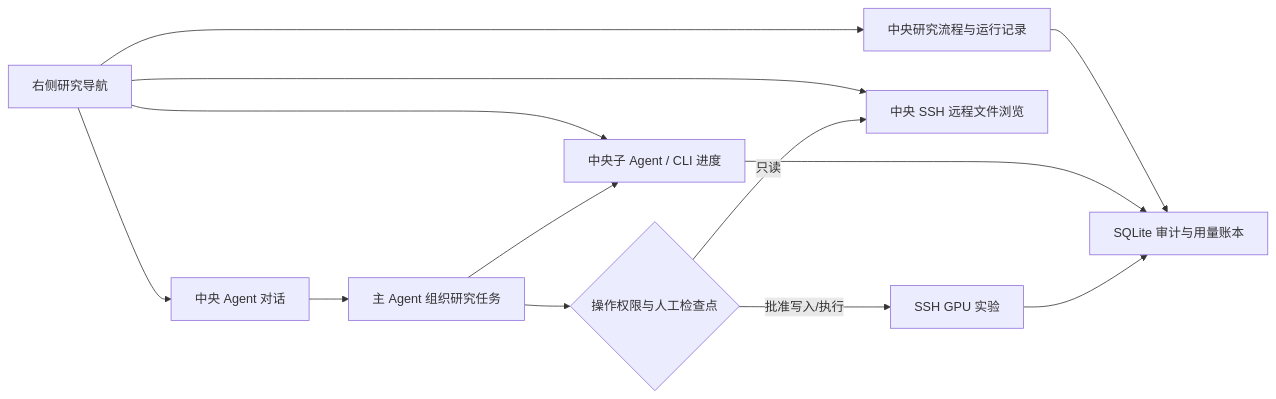
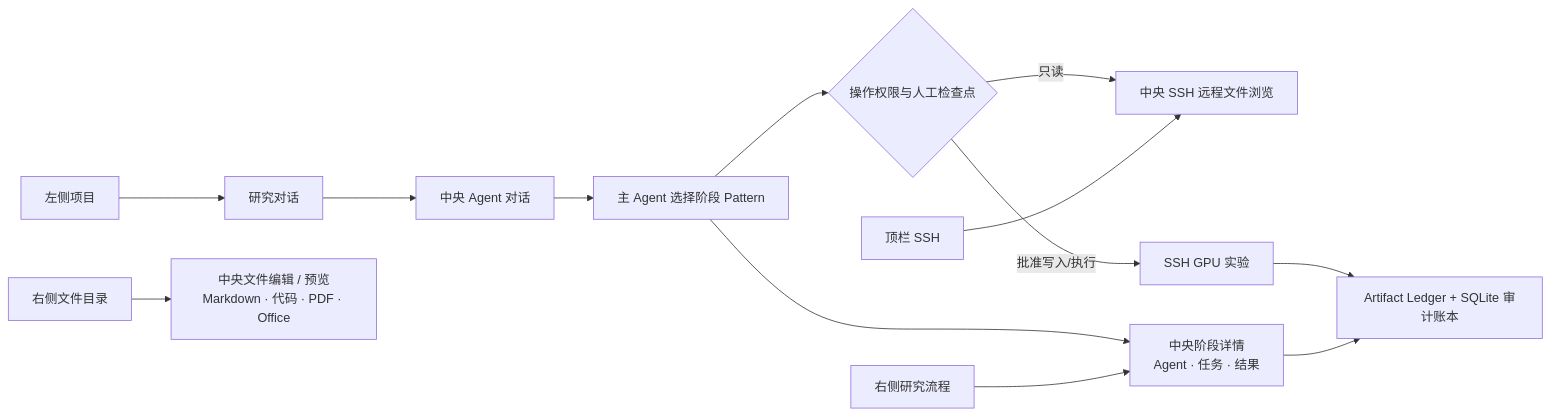
The second of 4 diagrams in README.md (OpenMedAILab/oph-autoresearch), drawn with Mermaid before and after one commit. The commit also changed other lines of this file and 72 other files, not shown here.

````diff
--- a/README.md
+++ b/README.md
@@ -50,15 +51,15 @@
 ```mermaid
 flowchart LR
-    R["右侧研究导航"] --> C["中央 Agent 对话"]
-    R --> W["中央研究流程与运行记录"]
-    R --> A["中央子 Agent / CLI 进度"]
-    R --> S["中央 SSH 远程文件浏览"]
-    C --> O["主 Agent 组织研究任务"]
-    O --> A
+    P["左侧项目"] --> C["研究对话"]
+    C --> A["中央 Agent 对话"]
+    F["右侧文件目录"] --> V["中央文件编辑 / 预览<br/>Markdown · 代码 · PDF · Office"]
+    H["顶栏 SSH"] --> S["中央 SSH 远程文件浏览"]
+    R["右侧研究流程"] --> W["中央阶段详情<br/>Agent · 任务 · 结果"]
+    A --> O["主 Agent 选择阶段 Pattern"]
+    O --> W
     O --> T{"操作权限与人工检查点"}
     T -->|只读| S
     T -->|批准写入/执行| G["SSH GPU 实验"]
-    W --> L["SQLite 审计与用量账本"]
-    A --> L
+    W --> L["Artifact Ledger + SQLite 审计账本"]
     G --> L
 ```
````
